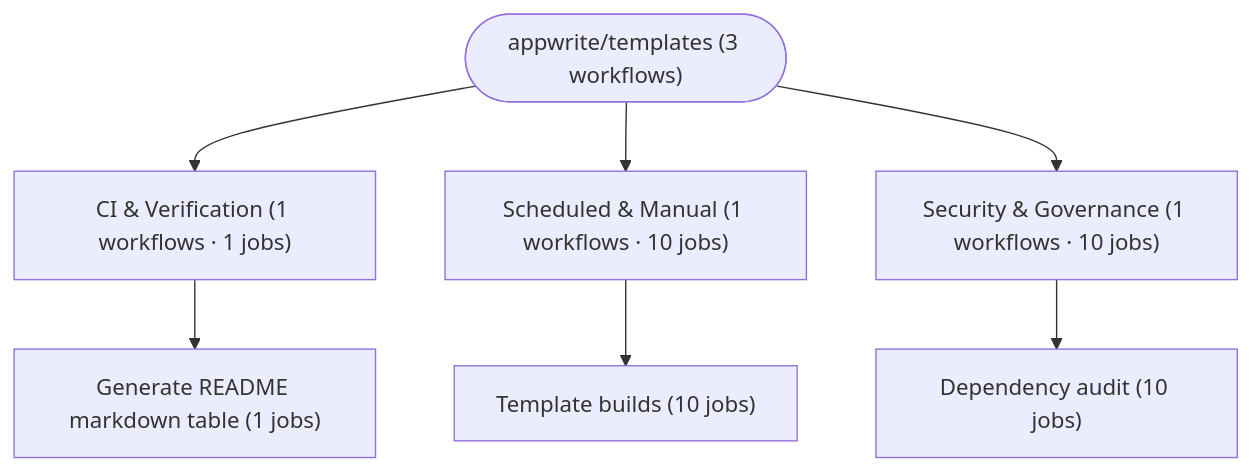
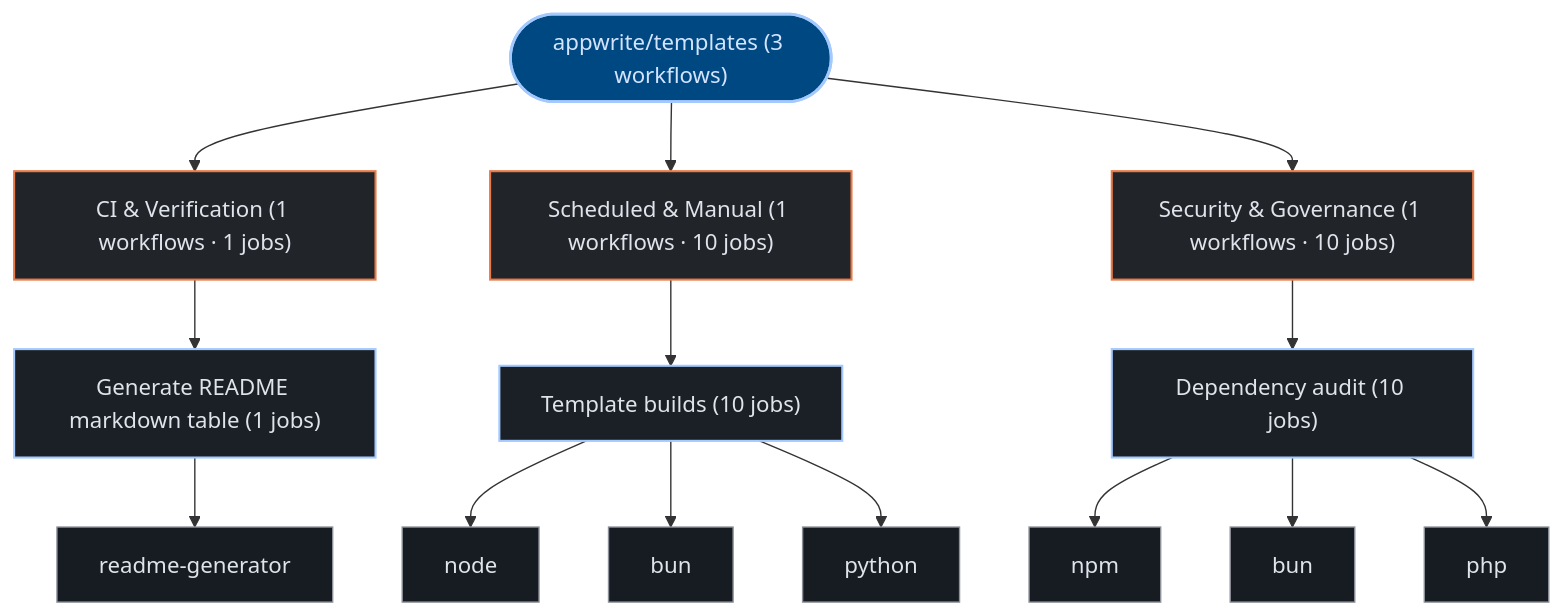
The third of 3 diagrams in exports/latest/reports/appwrite-templates-report.md (kumarshaz/atruss-code-atlas), drawn with Mermaid before and after one commit. The commit also changed other lines of this file and 331 other files, not shown here.

Commit message:
docs,ui,fix: update SDLC docs, reorder CI/CD DAG first, stylize Mermaid, and fix Arc42 pipeline topology

````diff
--- a/exports/latest/reports/appwrite-templates-report.md
+++ b/exports/latest/reports/appwrite-templates-report.md
@@ -179,16 +190,37 @@
 ```mermaid
 graph TD;
-  pipeline_root(["appwrite/templates (3 workflows)"])
-  grp_0_CI___Verification["CI & Verification (1 workflows · 1 jobs)"]
+  classDef atlasRoot fill:#004882,stroke:#a3c9ff,stroke-width:2px,color:#d3e4ff
+  classDef atlasCategory fill:#212428,stroke:#E87A48,stroke-width:1.5px,color:#dfe3eb
+  classDef atlasWorkflow fill:#1b2026,stroke:#a3c9ff,stroke-width:1.5px,color:#dfe3eb
+  classDef atlasJob fill:#171c22,stroke:#8d9199,stroke-width:1px,color:#dfe3eb
+  classDef atlasTarget fill:#005227,stroke:#8bd99b,stroke-width:1.5px,color:#a7f6b6
+  classDef atlasAlert fill:#93000a,stroke:#ffb4ab,stroke-width:1.5px,color:#ffdad6
+  classDef atlasMore fill:#252a31,stroke:#8d9199,stroke-dasharray:4 4,color:#c3c6cf
+  pipeline_root(["appwrite/templates (3 workflows)"]):::atlasRoot
+  grp_0_CI___Verification["CI & Verification (1 workflows · 1 jobs)"]:::atlasCategory
   pipeline_root --> grp_0_CI___Verification
-  wf_2_Generate_README_markdown_table["Generate README markdown table (1 jobs)"]
+  wf_2_Generate_README_markdown_table["Generate README markdown table (1 jobs)"]:::atlasWorkflow
   grp_0_CI___Verification --> wf_2_Generate_README_markdown_table
-  grp_1_Scheduled___Manual["Scheduled & Manual (1 workflows · 10 jobs)"]
+  job_2_readme_generator["readme-generator"]:::atlasJob
+  wf_2_Generate_README_markdown_table --> job_2_readme_generator
+  grp_1_Scheduled___Manual["Scheduled & Manual (1 workflows · 10 jobs)"]:::atlasCategory
   pipeline_root --> grp_1_Scheduled___Manual
-  wf_1_Template_builds["Template builds (10 jobs)"]
+  wf_1_Template_builds["Template builds (10 jobs)"]:::atlasWorkflow
   grp_1_Scheduled___Manual --> wf_1_Template_builds
-  grp_2_Security___Governance["Security & Governance (1 workflows · 10 jobs)"]
+  job_1_node["node"]:::atlasJob
+  job_1_bun["bun"]:::atlasJob
+  job_1_python["python"]:::atlasJob
+  wf_1_Template_builds --> job_1_node
+  wf_1_Template_builds --> job_1_bun
+  wf_1_Template_builds --> job_1_python
+  grp_2_Security___Governance["Security & Governance (1 workflows · 10 jobs)"]:::atlasCategory
   pipeline_root --> grp_2_Security___Governance
-  wf_0_Dependency_audit["Dependency audit (10 jobs)"]
+  wf_0_Dependency_audit["Dependency audit (10 jobs)"]:::atlasWorkflow
   grp_2_Security___Governance --> wf_0_Dependency_audit
+  job_0_npm["npm"]:::atlasJob
+  job_0_bun["bun"]:::atlasJob
+  job_0_php["php"]:::atlasJob
+  wf_0_Dependency_audit --> job_0_npm
+  wf_0_Dependency_audit --> job_0_bun
+  wf_0_Dependency_audit --> job_0_php
 ```
````
